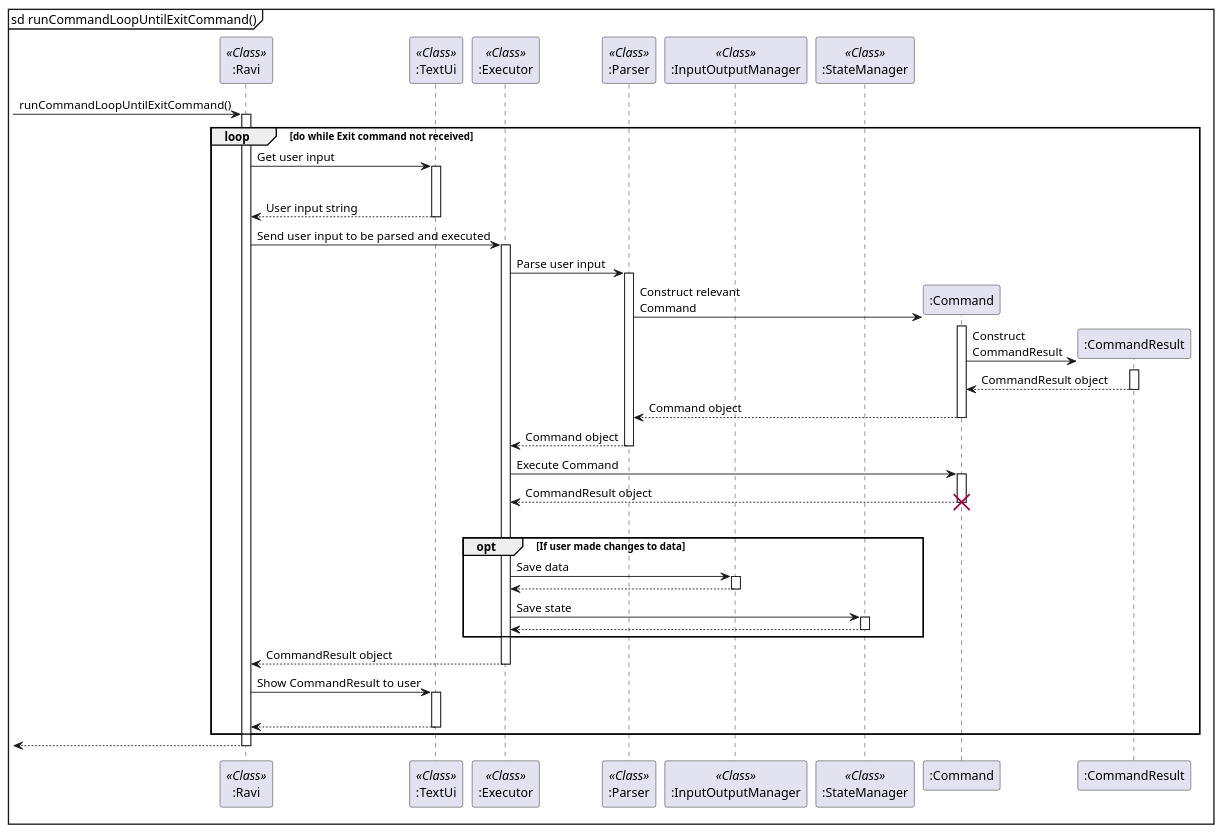
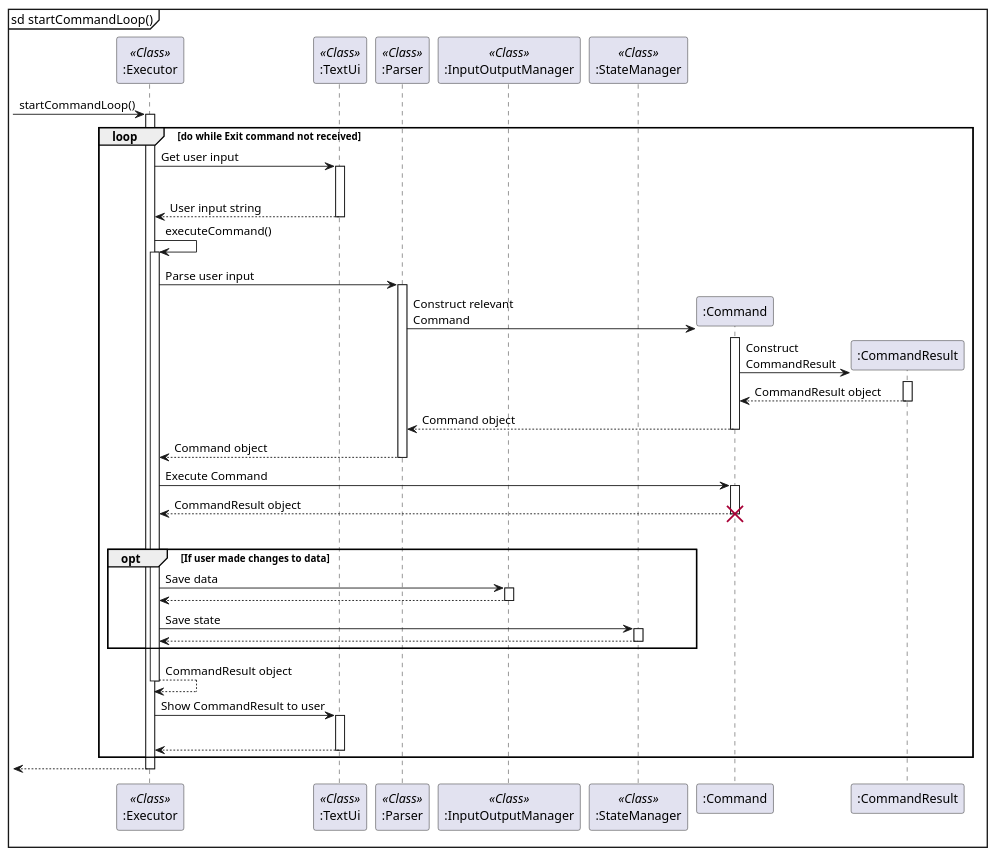
Before and after one commit to wangqinNick/tp: the diagram in docs/diagrams/UML/MainSequenceDiagramLoopSd.puml, drawn with PlantUML. The commit also changed 10 other files, not shown here.

Commit message:
Updates for DG and diagrams; moved more stuff to Executor

```diff
--- a/docs/diagrams/UML/MainSequenceDiagramLoopSd.puml
+++ b/docs/diagrams/UML/MainSequenceDiagramLoopSd.puml
@@ -1,50 +1,49 @@
 @startuml
-mainframe sd runCommandLoopUntilExitCommand()
+mainframe sd startCommandLoop()
 
-participant ":Ravi" as Ravi << Class >>
+participant ":Executor" as Ex << Class >>
 participant ":TextUi" as Ui << Class >>
-participant ":Executor" as Ex << Class >>
 participant ":Parser" as P << Class >>
 participant ":InputOutputManager" as IO << Class >>
 participant ":StateManager" as State << Class >>
 
--> Ravi ++ : runCommandLoopUntilExitCommand()
+-> Ex ++ : startCommandLoop()
 
 loop do while Exit command not received
 
-    Ravi -> Ui ++ : Get user input
+    Ex -> Ui ++ : Get user input
     |||
     return User input string
 
-    Ravi -> Ex ++ : Send user input to be parsed and executed
+    Ex -> Ex ++ : executeCommand()
         Ex -> P ++ : Parse user input
             P -> ":Command" ** : Construct relevant\nCommand
             activate ":Command"
                 ":Command" -> ":CommandResult" ** : Construct\nCommandResult
                 activate ":CommandResult"
                 return CommandResult object
             return Command object
         return Command object
 
         Ex -> ":Command" ++ : Execute Command
         return CommandResult object
         destroy ":Command"
         |||
 
         opt If user made changes to data
             Ex -> IO ++ : Save data
             return
 
             Ex -> State ++ : Save state
             return
         end opt
     return CommandResult object
 
-    Ravi -> Ui ++ : Show CommandResult to user
+    Ex -> Ui ++ : Show CommandResult to user
     |||
     return
 
 end loop
 return
 
 @enduml
```
